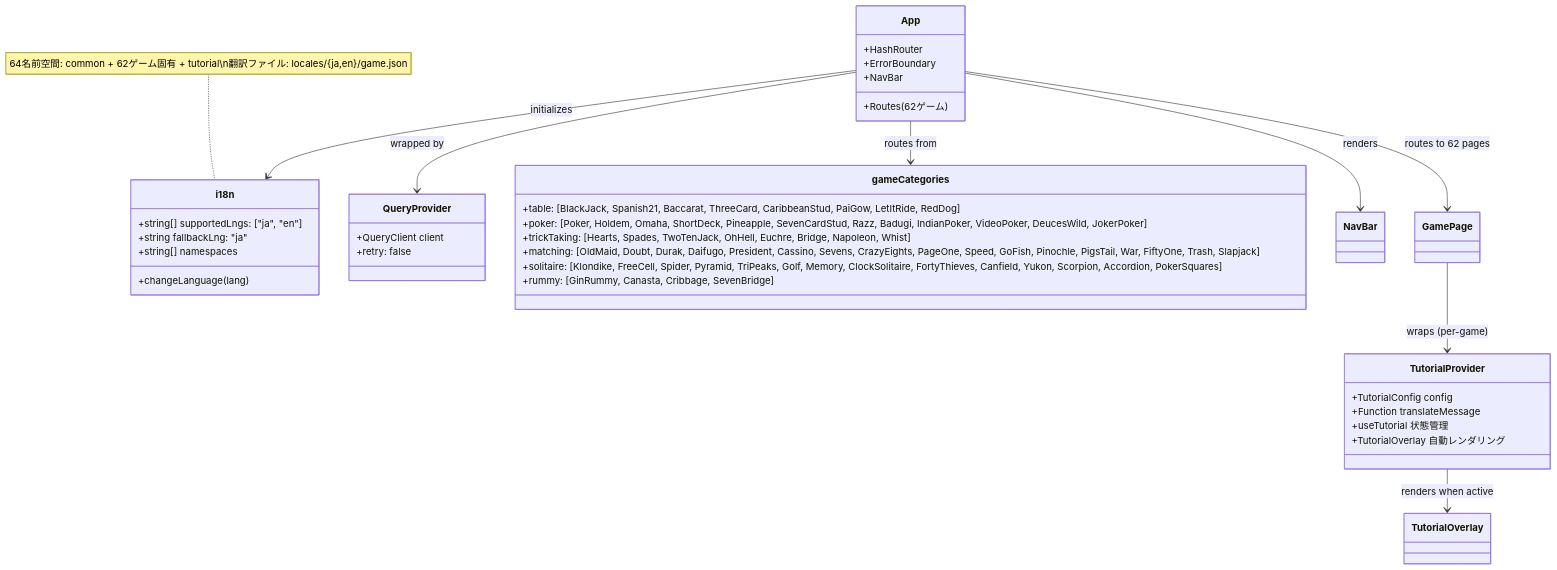
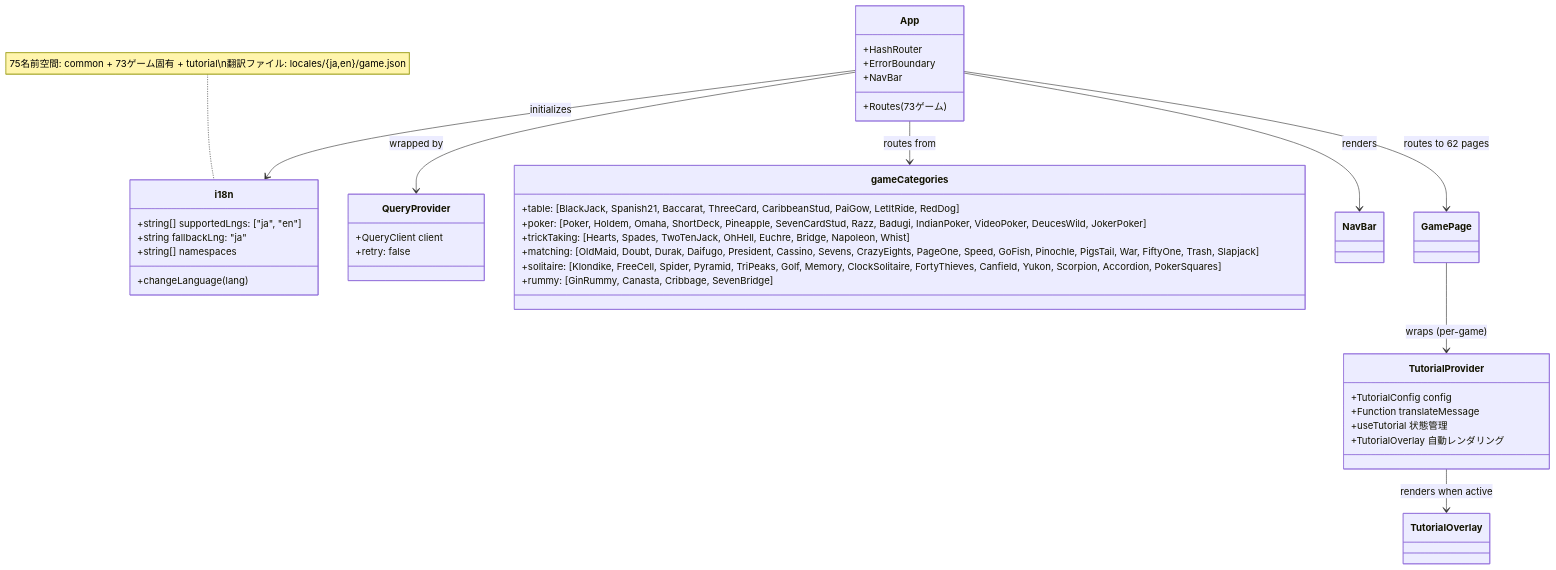
One commit to yuta-yoshinaga/go_trumpcards changed the ninth of 39 diagrams in docs/design/frontend.md. Above: the diagram before and after it, drawn with Mermaid. The commit also changed other lines of this file and 4 other files, not shown here.

````diff
--- a/docs/design/frontend.md
+++ b/docs/design/frontend.md
@@ -1824,47 +1824,47 @@
 ```mermaid
 classDiagram
     class i18n {
         +string[] supportedLngs: ["ja", "en"]
         +string fallbackLng: "ja"
         +string[] namespaces
         +changeLanguage(lang)
     }
 
     class QueryProvider {
         +QueryClient client
         +retry: false
     }
 
     class App {
         +HashRouter
         +ErrorBoundary
         +NavBar
-        +Routes (62ゲーム)
+        +Routes (73ゲーム)
     }
 
     class gameCategories {
         +table: [BlackJack, Spanish21, Baccarat, ThreeCard, CaribbeanStud, PaiGow, LetItRide, RedDog]
         +poker: [Poker, Holdem, Omaha, ShortDeck, Pineapple, SevenCardStud, Razz, Badugi, IndianPoker, VideoPoker, DeucesWild, JokerPoker]
         +trickTaking: [Hearts, Spades, TwoTenJack, OhHell, Euchre, Bridge, Napoleon, Whist]
         +matching: [OldMaid, Doubt, Durak, Daifugo, President, Cassino, Sevens, CrazyEights, PageOne, Speed, GoFish, Pinochle, PigsTail, War, FiftyOne, Trash, Slapjack]
         +solitaire: [Klondike, FreeCell, Spider, Pyramid, TriPeaks, Golf, Memory, ClockSolitaire, FortyThieves, Canfield, Yukon, Scorpion, Accordion, PokerSquares]
         +rummy: [GinRummy, Canasta, Cribbage, SevenBridge]
     }
 
     class TutorialProvider {
         +TutorialConfig config
         +Function translateMessage
         +useTutorial 状態管理
         +TutorialOverlay 自動レンダリング
     }
 
     App --> QueryProvider : wrapped by
     App --> i18n : initializes
     App --> gameCategories : routes from
     App --> NavBar : renders
     App --> GamePage : routes to 62 pages
     GamePage --> TutorialProvider : wraps (per-game)
     TutorialProvider --> TutorialOverlay : renders when active
 
-    note for i18n "64名前空間: common + 62ゲーム固有 + tutorial\n翻訳ファイル: locales/{ja,en}/game.json"
+    note for i18n "75名前空間: common + 73ゲーム固有 + tutorial\n翻訳ファイル: locales/{ja,en}/game.json"
 ```
````
